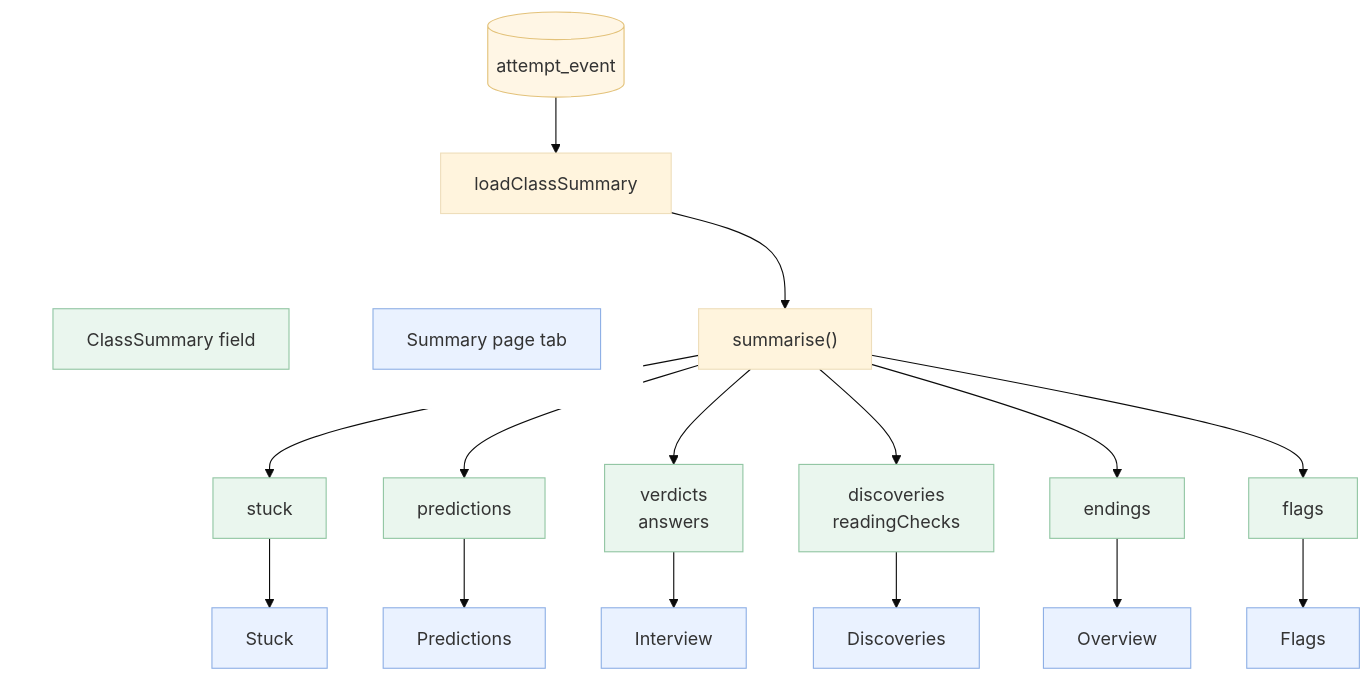
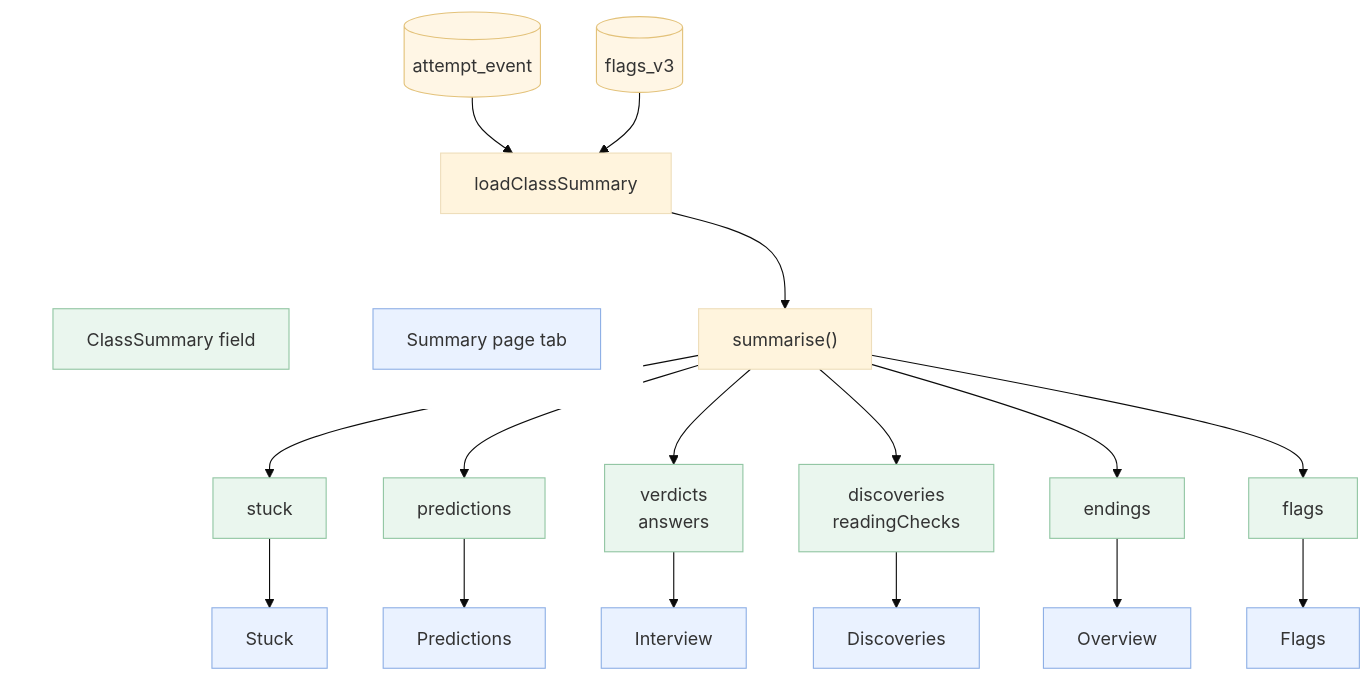
Before and after one commit to damiancxliew/CS3216_Assignment3: the diagram in docs/diagrams/d5-teacher-insight.mmd, drawn with Mermaid (base theme). The commit also changed 6 other files, not shown here.

```diff
--- a/docs/diagrams/d5-teacher-insight.mmd
+++ b/docs/diagrams/d5-teacher-insight.mmd
@@ -1,24 +1,25 @@
 %% D5: attempt events to the teacher's class summary. Node notes: NOTES.md
 flowchart TB
   LOG[("attempt_event")] --> LCS["loadClassSummary"] --> SUM["summarise()"]
+  FLG[("flags_v3")] --> LCS
 
   SUM --> S1["stuck"] --> T1["Stuck"]
   SUM --> S2["predictions"] --> T2["Predictions"]
   SUM --> S3["verdicts<br/>answers"] --> T3["Interview"]
   SUM --> S4["discoveries<br/>readingChecks"] --> T4["Discoveries"]
   SUM --> S5["endings"] --> T0["Overview"]
   SUM --> S6["flags"] --> T5["Flags"]
 
   subgraph KEY[" "]
     direction LR
     K1["ClassSummary field"]:::section ~~~ K2["Summary page tab"]:::tab
   end
   LCS ~~~ KEY
 
   classDef store fill:#fff6e5,stroke:#e3c27a
   classDef section fill:#eaf6ee,stroke:#92c6a3
   classDef tab fill:#eaf2ff,stroke:#8fb0e6
-  class LOG store
+  class LOG,FLG store
   class S1,S2,S3,S4,S5,S6 section
   class T0,T1,T2,T3,T4,T5 tab
   style KEY fill:#ffffff,stroke:#ffffff
```
